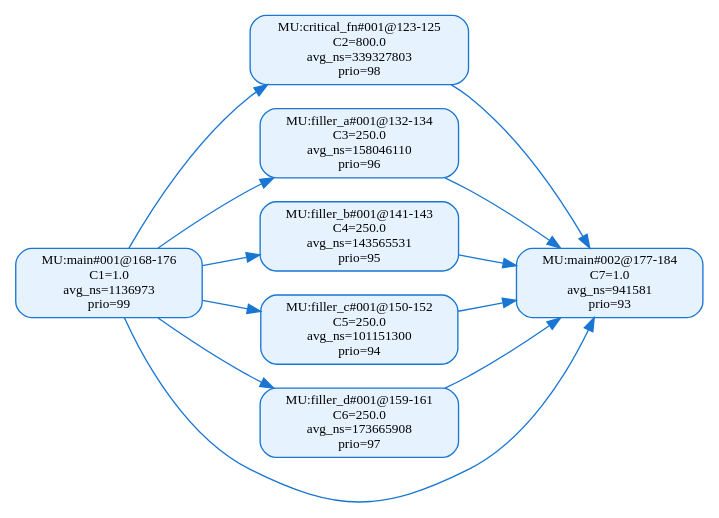
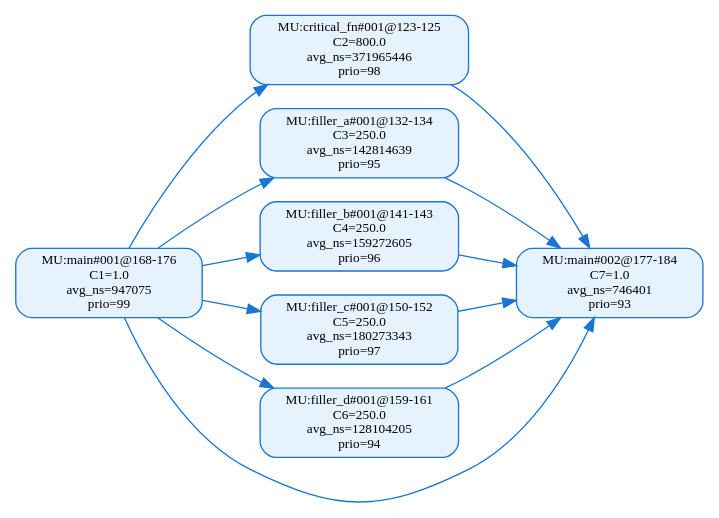
Before and after one commit to RTS-SYSU/DAG-Gen: the diagram in 中间结果/zhang7/pipeline/validation/level2/effective_line_merge/heft/dag_seg_annotated_value.dot, drawn with Graphviz. The commit also changed 6291 other files, not shown here.

```diff
--- a/中间结果/zhang7/pipeline/validation/level2/effective_line_merge/heft/dag_seg_annotated_value.dot
+++ b/中间结果/zhang7/pipeline/validation/level2/effective_line_merge/heft/dag_seg_annotated_value.dot
@@ -1,23 +1,23 @@
 digraph dag_seg_annotated_value {
   rankdir=LR;
   node [shape=box, style="rounded,filled", fillcolor="#E6F3FF", color="#1976D2", fontsize=10];
   edge [color="#1976D2"];
-  "MU:critical_fn#001@123-125" [label="MU:critical_fn#001@123-125\nC2=800.0\navg_ns=339327803\nprio=98"];
-  "MU:filler_a#001@132-134" [label="MU:filler_a#001@132-134\nC3=250.0\navg_ns=158046110\nprio=96"];
-  "MU:filler_b#001@141-143" [label="MU:filler_b#001@141-143\nC4=250.0\navg_ns=143565531\nprio=95"];
-  "MU:filler_c#001@150-152" [label="MU:filler_c#001@150-152\nC5=250.0\navg_ns=101151300\nprio=94"];
-  "MU:filler_d#001@159-161" [label="MU:filler_d#001@159-161\nC6=250.0\navg_ns=173665908\nprio=97"];
-  "MU:main#001@168-176" [label="MU:main#001@168-176\nC1=1.0\navg_ns=1136973\nprio=99"];
-  "MU:main#002@177-184" [label="MU:main#002@177-184\nC7=1.0\navg_ns=941581\nprio=93"];
+  "MU:critical_fn#001@123-125" [label="MU:critical_fn#001@123-125\nC2=800.0\navg_ns=371965446\nprio=98"];
+  "MU:filler_a#001@132-134" [label="MU:filler_a#001@132-134\nC3=250.0\navg_ns=142814639\nprio=95"];
+  "MU:filler_b#001@141-143" [label="MU:filler_b#001@141-143\nC4=250.0\navg_ns=159272605\nprio=96"];
+  "MU:filler_c#001@150-152" [label="MU:filler_c#001@150-152\nC5=250.0\navg_ns=180273343\nprio=97"];
+  "MU:filler_d#001@159-161" [label="MU:filler_d#001@159-161\nC6=250.0\navg_ns=128104205\nprio=94"];
+  "MU:main#001@168-176" [label="MU:main#001@168-176\nC1=1.0\navg_ns=947075\nprio=99"];
+  "MU:main#002@177-184" [label="MU:main#002@177-184\nC7=1.0\navg_ns=746401\nprio=93"];
   "MU:main#001@168-176" -> "MU:main#002@177-184";
   "MU:main#001@168-176" -> "MU:filler_a#001@132-134";
   "MU:main#001@168-176" -> "MU:filler_b#001@141-143";
   "MU:main#001@168-176" -> "MU:filler_c#001@150-152";
   "MU:main#001@168-176" -> "MU:filler_d#001@159-161";
   "MU:main#001@168-176" -> "MU:critical_fn#001@123-125";
   "MU:critical_fn#001@123-125" -> "MU:main#002@177-184";
   "MU:filler_a#001@132-134" -> "MU:main#002@177-184";
   "MU:filler_b#001@141-143" -> "MU:main#002@177-184";
   "MU:filler_c#001@150-152" -> "MU:main#002@177-184";
   "MU:filler_d#001@159-161" -> "MU:main#002@177-184";
 }
```
